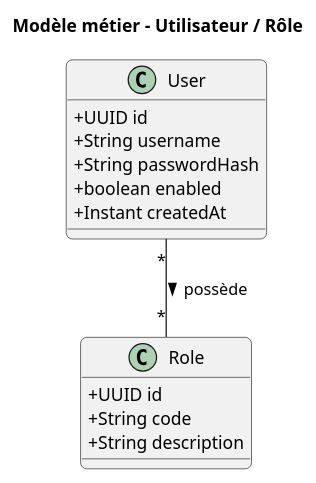
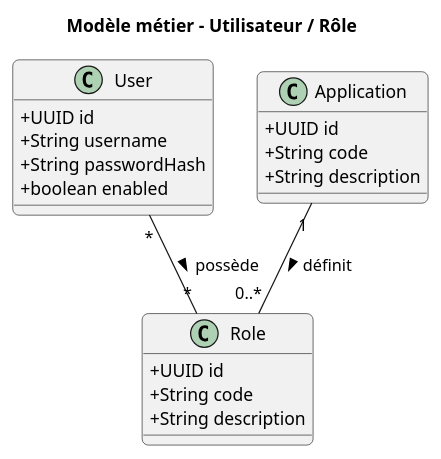
One commit to ThibaultCGI/auth-server changed the diagram in docs/diagrams/domain/user-role-domain.puml. Above: the diagram before and after it, drawn with PlantUML. The commit also changed 340 other files, not shown here.

```diff
--- a/docs/diagrams/domain/user-role-domain.puml
+++ b/docs/diagrams/domain/user-role-domain.puml
@@ -1,24 +1,31 @@
 @startuml
 title Modèle métier - Utilisateur / Rôle
 
 skinparam classAttributeIconSize 0
 skinparam shadowing false
 skinparam roundcorner 10
 
 class User {
     +UUID id
     +String username
     +String passwordHash
     +boolean enabled
-    +Instant createdAt
+}
+
+class Application {
+    +UUID id
+    +String code
+    +String description
 }
 
 class Role {
     +UUID id
     +String code
     +String description
 }
 
 User "*" -- "*" Role : possède >
 
+Application "1" -- "0..*" Role : définit >
+
 @enduml
```
